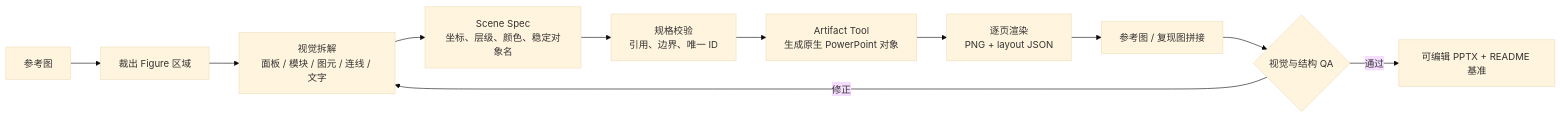
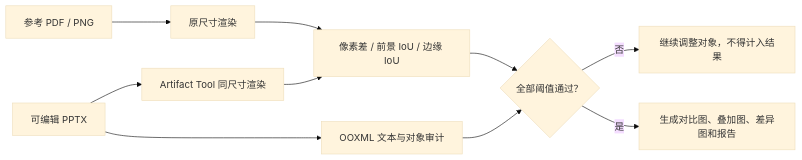
One commit to goya4140/powerpoint-canvas-controller-macos changed the diagram in README.md. Above: the diagram before and after it, drawn with Mermaid (base theme). The commit also changed other lines of this file and 16 other files, not shown here.

````diff
--- a/README.md
+++ b/README.md
@@ -21,13 +27,12 @@
 ```mermaid
 flowchart LR
-    A["参考图"] --> B["裁出 Figure 区域"]
-    B --> C["视觉拆解<br/>面板 / 模块 / 图元 / 连线 / 文字"]
-    C --> D["Scene Spec<br/>坐标、层级、颜色、稳定对象名"]
-    D --> E["规格校验<br/>引用、边界、唯一 ID"]
-    E --> F["Artifact Tool<br/>生成原生 PowerPoint 对象"]
-    F --> G["逐页渲染<br/>PNG + layout JSON"]
-    G --> H["参考图 / 复现图拼接"]
-    H --> I{"视觉与结构 QA"}
-    I -->|修正| C
-    I -->|通过| J["可编辑 PPTX + README 基准"]
+    A["参考 PDF / PNG"] --> B["原尺寸渲染"]
+    C["可编辑 PPTX"] --> D["Artifact Tool 同尺寸渲染"]
+    C --> E["OOXML 文本与对象审计"]
+    B --> F["像素差 / 前景 IoU / 边缘 IoU"]
+    D --> F
+    E --> G{"全部阈值通过？"}
+    F --> G
+    G -->|否| H["继续调整对象，不得计入结果"]
+    G -->|是| I["生成对比图、叠加图、差异图和报告"]
 ```
````
